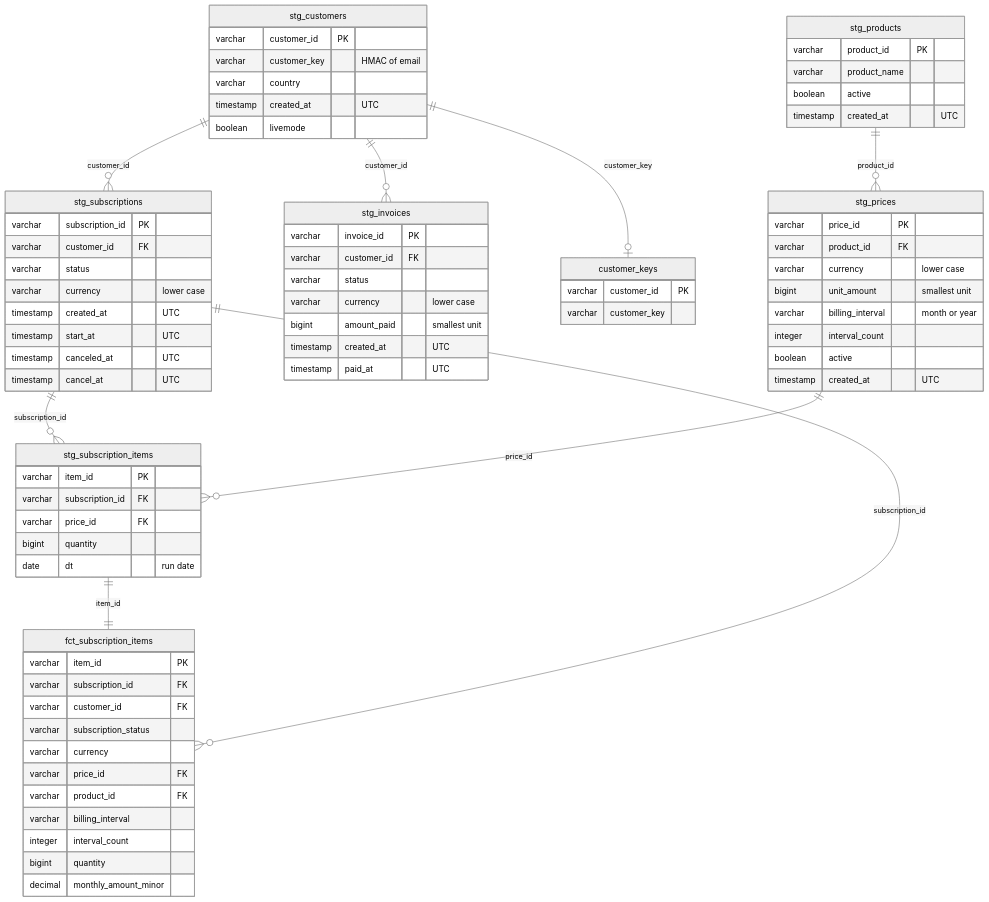
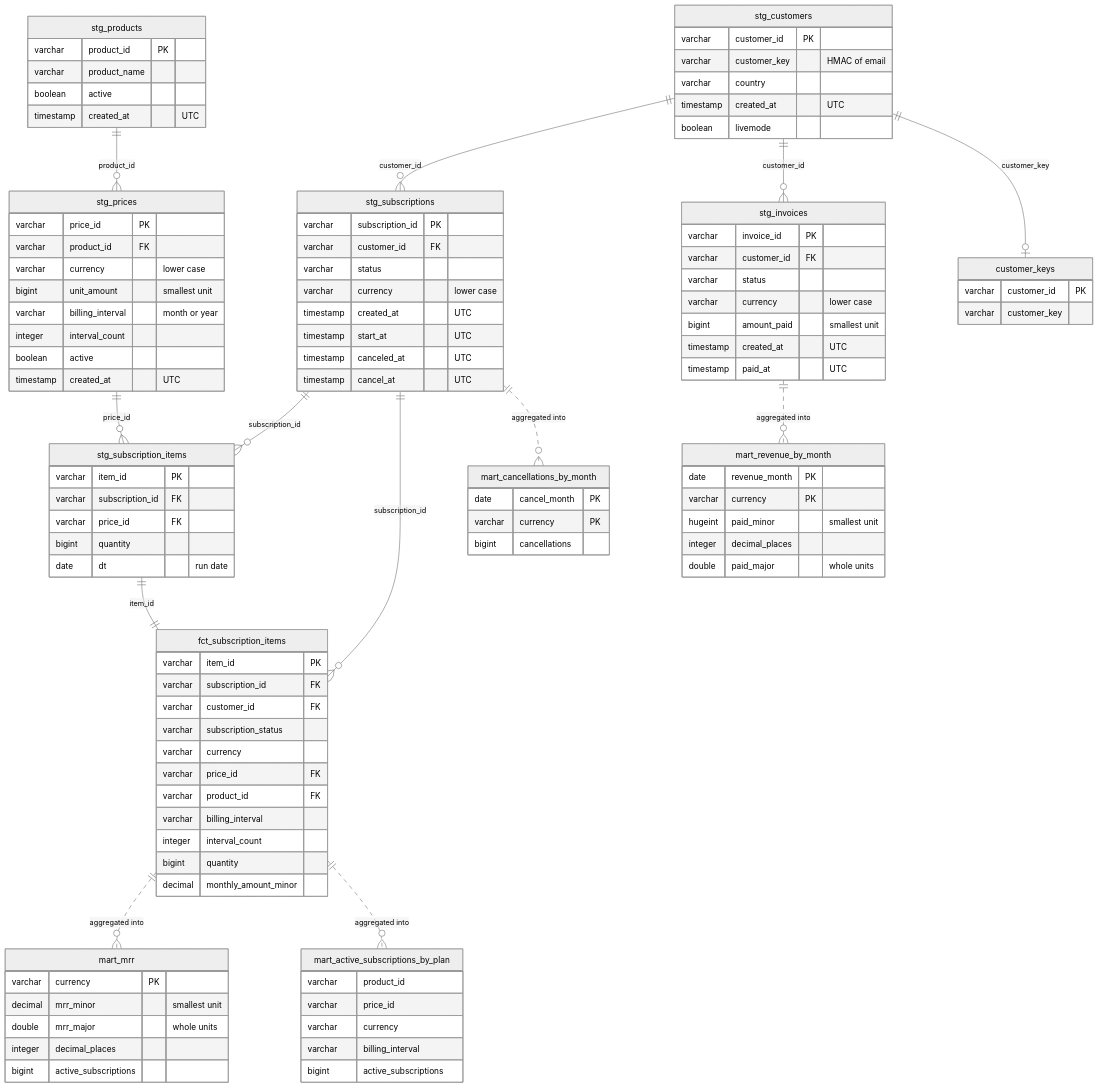
One commit to nileshmevadagit/stripe-pipeline changed the diagram in design_doc/schema.md. Above: the diagram before and after it, drawn with Mermaid (neutral theme). The commit also changed 4 other files, not shown here.

First line of the commit message:
feat: pii meta tags on personal columns; mart tables in the schema diagram

```diff
--- a/design_doc/schema.md
+++ b/design_doc/schema.md
@@ -18,6 +18,10 @@
     stg_products ||--o{ stg_prices : "product_id"
     stg_subscription_items ||--|| fct_subscription_items : "item_id"
     stg_subscriptions ||--o{ fct_subscription_items : "subscription_id"
+    fct_subscription_items ||..o{ mart_mrr : "aggregated into"
+    fct_subscription_items ||..o{ mart_active_subscriptions_by_plan : "aggregated into"
+    stg_invoices ||..o{ mart_revenue_by_month : "aggregated into"
+    stg_subscriptions ||..o{ mart_cancellations_by_month : "aggregated into"
 
     stg_customers {
         varchar customer_id PK
@@ -72,6 +76,32 @@
         timestamp created_at "UTC"
         timestamp paid_at "UTC"
     }
+    mart_mrr {
+        varchar currency PK
+        decimal mrr_minor "smallest unit"
+        double mrr_major "whole units"
+        integer decimal_places
+        bigint active_subscriptions
+    }
+    mart_active_subscriptions_by_plan {
+        varchar product_id
+        varchar price_id
+        varchar currency
+        varchar billing_interval
+        bigint active_subscriptions
+    }
+    mart_revenue_by_month {
+        date revenue_month PK
+        varchar currency PK
+        hugeint paid_minor "smallest unit"
+        integer decimal_places
+        double paid_major "whole units"
+    }
+    mart_cancellations_by_month {
+        date cancel_month PK
+        varchar currency PK
+        bigint cancellations
+    }
     fct_subscription_items {
         varchar item_id PK
         varchar subscription_id FK
```
